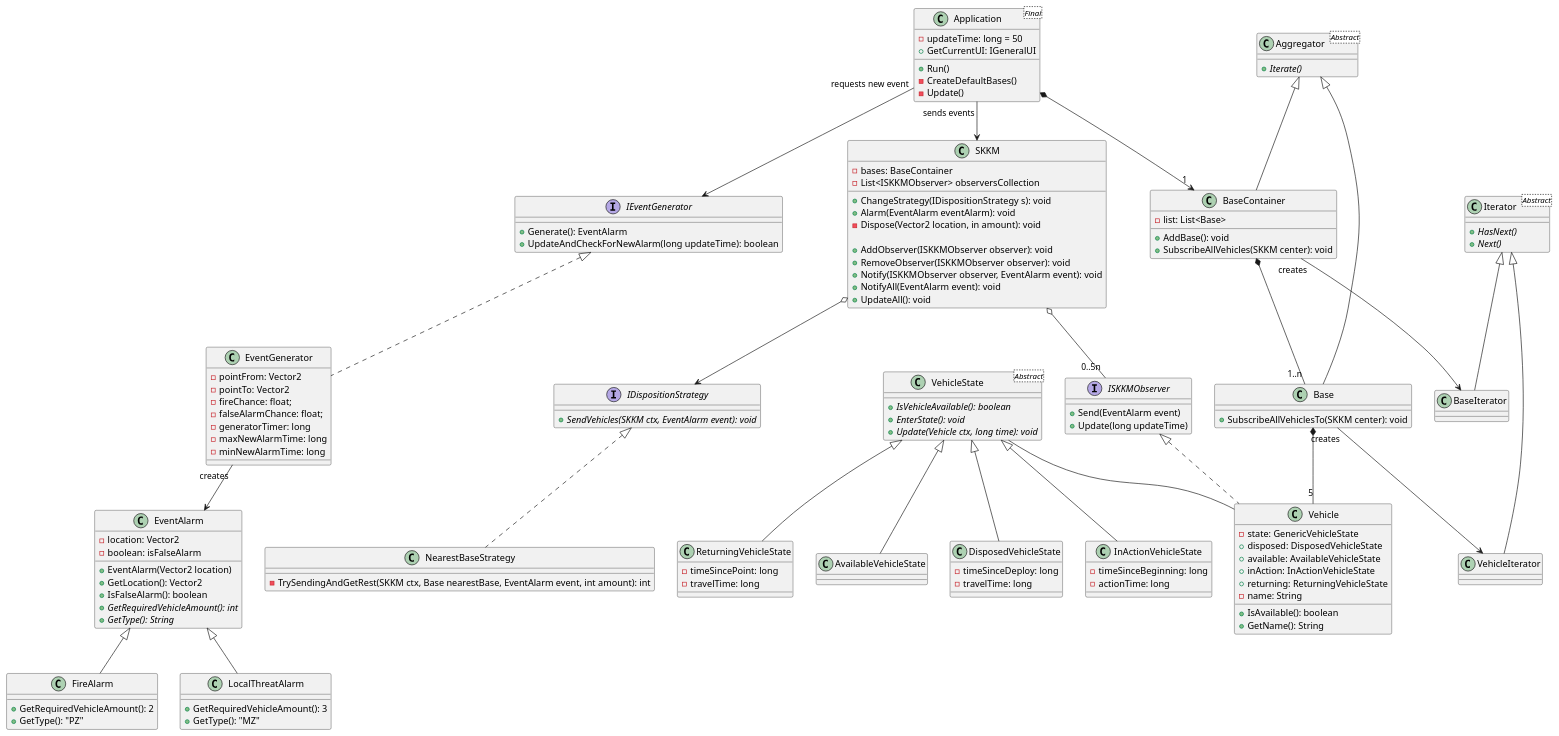
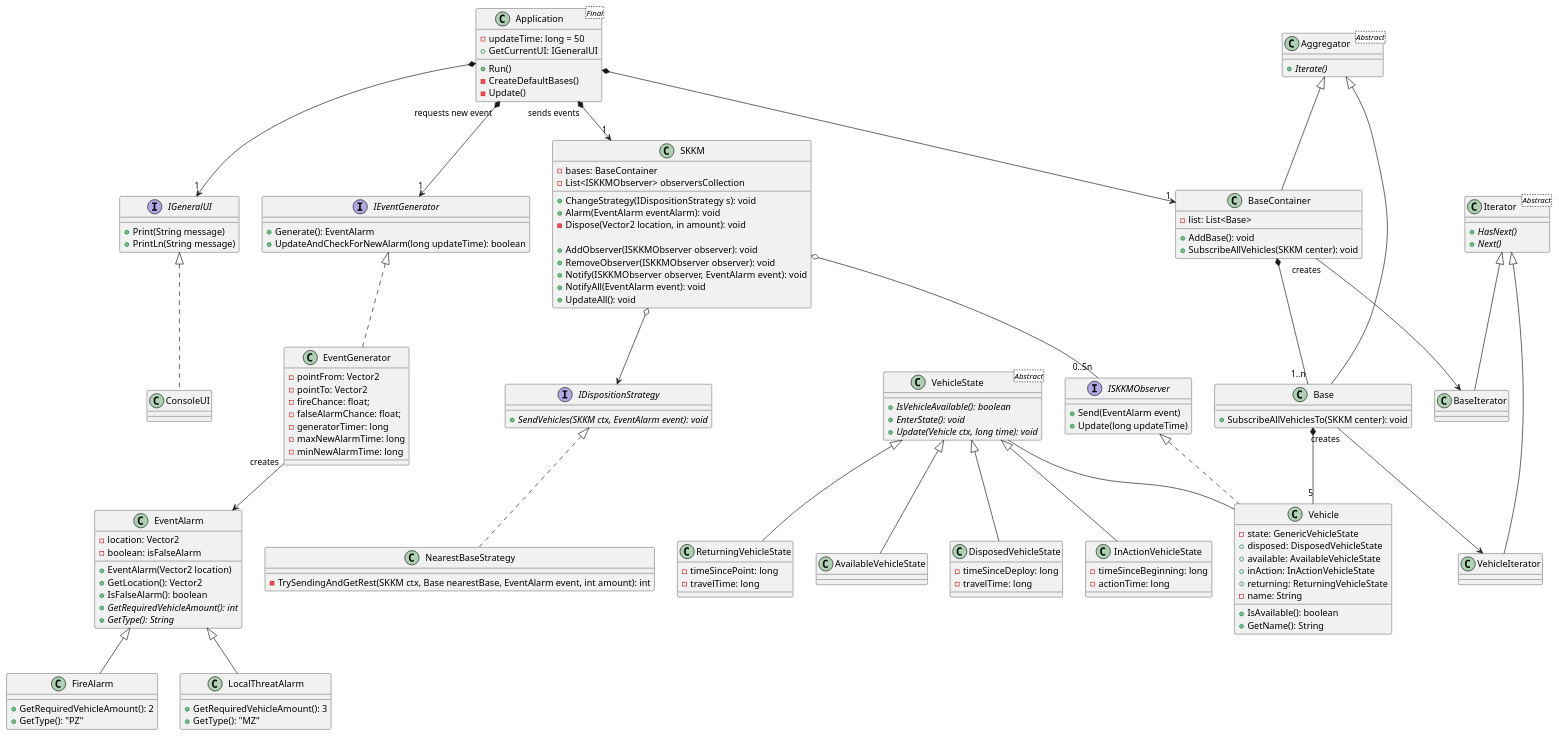
The diagram in src/uml.puml (CKTA00/TO_lab_5), drawn with PlantUML before and after one commit.

Commit message:
Added UI to uml. Other changes to uml diagram

```diff
--- a/src/uml.puml
+++ b/src/uml.puml
@@ -1,165 +1,178 @@
 @startuml
-
-'TODO: Update uml (new VehicleStates, ui, many functions)
 
 class Application <Final>{
     -updateTime: long = 50
     +Run()
     +GetCurrentUI: IGeneralUI
     -CreateDefaultBases()
     -Update()
+}
+
+interface IGeneralUI{
+    +Print(String message)
+    +PrintLn(String message)
+}
+
+class ConsoleUI implements IGeneralUI{
+
 }
 
 interface IEventGenerator{
     +Generate(): EventAlarm
     +UpdateAndCheckForNewAlarm(long updateTime): boolean
 }
 
 class EventGenerator implements IEventGenerator{
     -pointFrom: Vector2
     -pointTo: Vector2
     -fireChance: float;
     -falseAlarmChance: float;
     -generatorTimer: long
     -maxNewAlarmTime: long
     -minNewAlarmTime: long
 }
 
 class EventAlarm{
     -location: Vector2
     -boolean: isFalseAlarm
     +EventAlarm(Vector2 location)
     +GetLocation(): Vector2
     +IsFalseAlarm(): boolean
     +<i>GetRequiredVehicleAmount(): int
     +<i>GetType(): String
 }
 
 
 class FireAlarm extends EventAlarm{
     +GetRequiredVehicleAmount(): 2
     +GetType(): "PZ"
 }
 
 class LocalThreatAlarm extends EventAlarm{
     +GetRequiredVehicleAmount(): 3
     +GetType(): "MZ"
 }
 
 interface ISKKMObserver
 {
     +Send(EventAlarm event)
     +Update(long updateTime)
 }
 
 
 class SKKM{
     -bases: BaseContainer
     -List<ISKKMObserver> observersCollection
     +ChangeStrategy(IDispositionStrategy s): void
     +Alarm(EventAlarm eventAlarm): void
     -Dispose(Vector2 location, in amount): void
 
     +AddObserver(ISKKMObserver observer): void
     +RemoveObserver(ISKKMObserver observer): void
     +Notify(ISKKMObserver observer, EventAlarm event): void
     +NotifyAll(EventAlarm event): void
     +UpdateAll(): void
 }
 
 class Iterator<Abstract>{
     +<i>HasNext()
     +<i>Next()
 }
 class Aggregator<Abstract>{
     +<i>Iterate()
 }
 
 class BaseContainer extends Aggregator
 {
     -list: List<Base>
     +AddBase(): void
     +SubscribeAllVehicles(SKKM center): void
 }
 
 class BaseIterator extends Iterator
 {
 
 }
 
 class Base extends Aggregator
 {
     +SubscribeAllVehiclesTo(SKKM center): void
 }
 
 class VehicleIterator extends Iterator
 {
 
 }
 
 class Vehicle implements ISKKMObserver{
     -state: GenericVehicleState
     +disposed: DisposedVehicleState
     +available: AvailableVehicleState
     +inAction: InActionVehicleState
     +returning: ReturningVehicleState
     -name: String
 
     +IsAvailable(): boolean
     +GetName(): String
 
 
 }
 
 interface IDispositionStrategy{
     +<i>SendVehicles(SKKM ctx, EventAlarm event): void
 }
 
 class NearestBaseStrategy implements IDispositionStrategy {
     -TrySendingAndGetRest(SKKM ctx, Base nearestBase, EventAlarm event, int amount): int
 }
 
 class VehicleState<Abstract>{
     +<i>IsVehicleAvailable(): boolean</i>
     +<i>EnterState(): void</i>
     +<i>Update(Vehicle ctx, long time): void</i>
 }
 
 class AvailableVehicleState extends VehicleState{
 }
 
 class DisposedVehicleState extends VehicleState{
     -timeSinceDeploy: long
     -travelTime: long
 }
 
 class InActionVehicleState extends VehicleState{
     -timeSinceBeginning: long
     -actionTime: long
 }
 
 class ReturningVehicleState extends VehicleState{
     -timeSincePoint: long
     -travelTime: long
 }
 
 
 'Fire ..> "can transition" FalseAlarm
 'OtherEvent ..> "can transition" FalseAlarm
-EventGenerator "creates" --> EventAlarm
-Application "sends events"--> SKKM
-Application "requests new event"--> IEventGenerator
+
+Application *--> "1" IGeneralUI
+Application "sends events" *--> "1" SKKM
+Application "requests new event" *-->"1" IEventGenerator
+Application *-->"1" BaseContainer
+
+
 SKKM o-- "0..5n" ISKKMObserver
 SKKM o--> IDispositionStrategy
-Application *-->"1" BaseContainer
+
+EventGenerator "creates" --> EventAlarm
+
 BaseContainer *--"1..n" Base
 Base *-- "5" Vehicle
 VehicleState -- Vehicle
 'Main ... NearestBaseStrategy
 
 Base "creates"--> VehicleIterator
 BaseContainer "creates"--> BaseIterator
 
 
 'note left of EventManager: Update is called every frame\nand is defined by Unity Engine\nin MonoBehaviour
 @enduml
```
